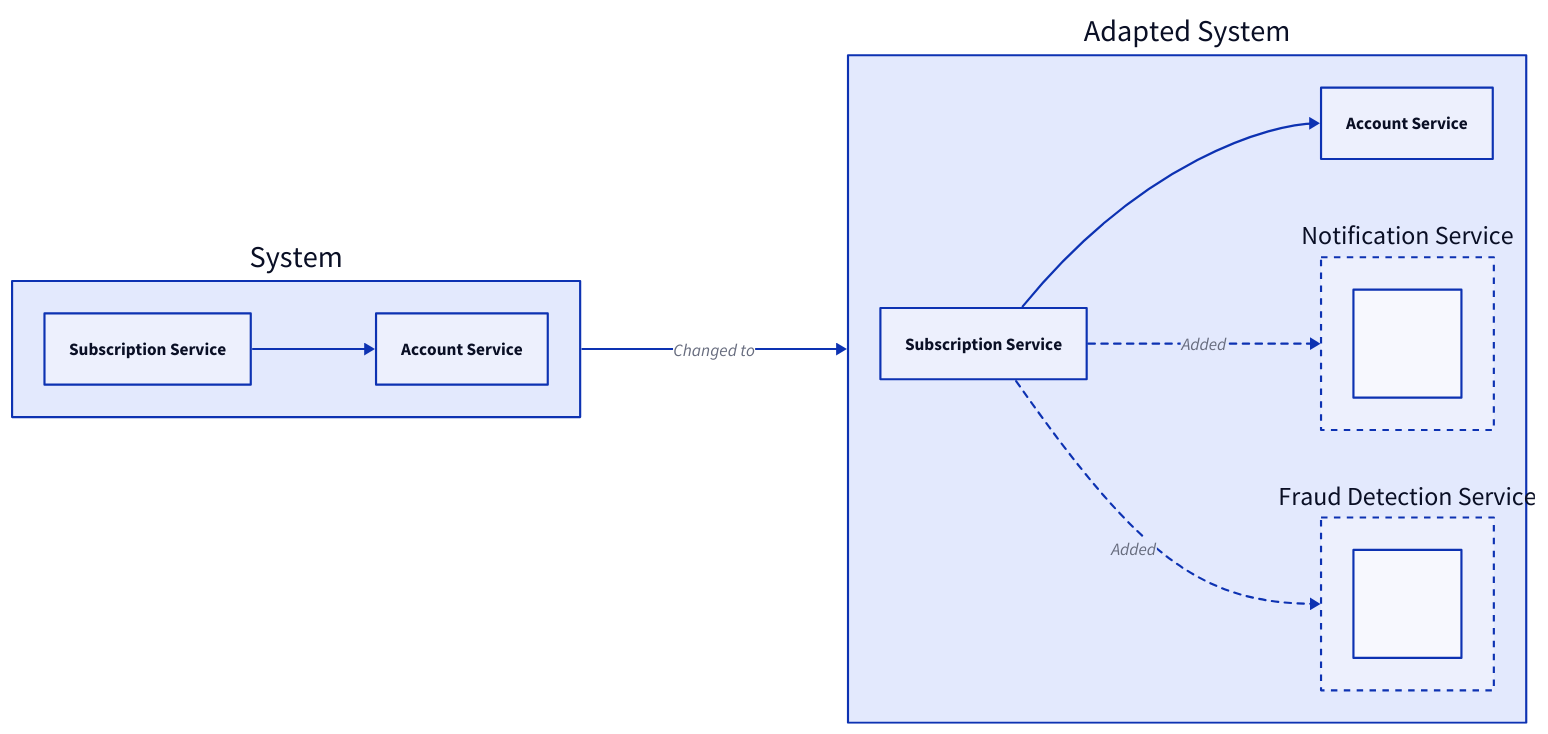
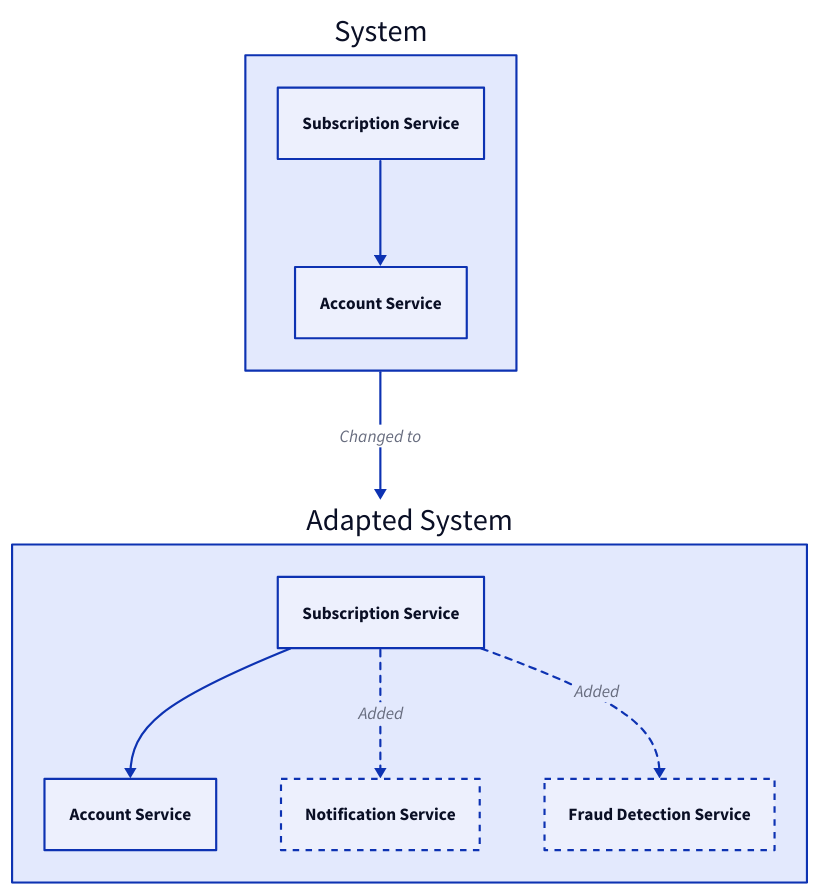
The eighth of 15 diagrams in content/web-service/microservice.md (link1905/system-design-101), drawn with D2 before and after one commit. The commit also changed other lines of this file and 13 other files, not shown here.

````diff
--- a/content/web-service/microservice.md
+++ b/content/web-service/microservice.md
@@ -385,40 +368,37 @@
 ```d2
-direction: right
+direction: down
 s1: System {
+    direction: right
     acc: Account Service {
       class: server
     }
     p: Subscription Service {
       class: server
     }
     p -> acc
 }
 s2: Adapted System {
     acc: Account Service {
       class: server
     }
     p: Subscription Service {
       class: server
     }
     n: Notification Service {
       style.stroke-dash: 3
-      s: "" {
-        class: server
-      }
+      class: server
     }
     d: Fraud Detection Service {
       style.stroke-dash: 3
-      s: "" {
-        class: server
-      }
+      class: server
     }
     p -> acc
     p -> n: Added {
         style.stroke-dash: 3
     }
     p -> d: Added {
         style.stroke-dash: 3
     }
 }
 s1 -> s2: Changed to
 ```
````
